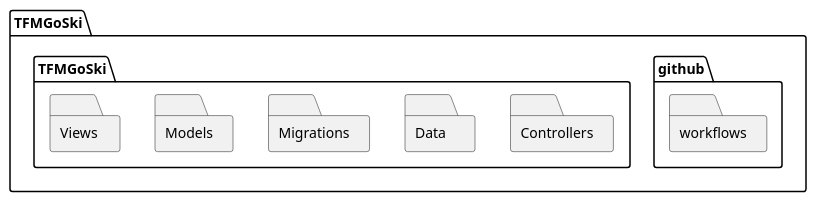
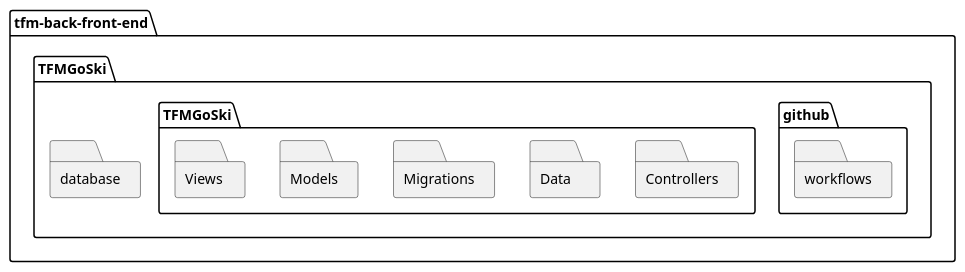
The diagram in DiagramaDePaquetesSprintCero.plantuml (NataliaLM/Diagramas), drawn with PlantUML before and after one commit.

Commit message:
commit one

```diff
--- a/DiagramaDePaquetesSprintCero.plantuml
+++ b/DiagramaDePaquetesSprintCero.plantuml
@@ -1,23 +1,25 @@
 @startuml
-package "TFMGoSki" <<Folder>> {
-  
-  package "TFMGoSki.github" <<Folder>> {
-    package "TFMGoSki.github.workflows" <<Folder>> {
+package "tfm-back-front-end" <<Folder>> {
+
+    package "tfm-back-front-end.TFMGoSki" <<Folder>> {   
+        package "tfm-back-front-end.TFMGoSki.github" <<Folder>> {
+            package "tfm-back-front-end.TFMGoSki.github.workflows" <<Folder>> {
+            }
+        }
+        package "tfm-back-front-end.TFMGoSki.TFMGoSki" <<Folder>> {
+            package "tfm-back-front-end.TFMGoSki.TFMGoSki.Controllers" <<Folder>> {
+            }
+            package "tfm-back-front-end.TFMGoSki.TFMGoSki.Data" <<Folder>> {
+            }
+            package "tfm-back-front-end.TFMGoSki.TFMGoSki.Migrations" <<Folder>> {
+            }
+            package "tfm-back-front-end.TFMGoSki.TFMGoSki.Models" <<Folder>> {
+            }
+            package "tfm-back-front-end.TFMGoSki.TFMGoSki.Views" <<Folder>> {
+            }
+        }
+        package "tfm-back-front-end.TFMGoSki.database" <<Folder>> {
+        }
     }
-  }
-
-  package "TFMGoSki.TFMGoSki" <<Folder>> {
-    package "TFMGoSki.TFMGoSki.Controllers" <<Folder>> {
-    }
-    package "TFMGoSki.TFMGoSki.Data" <<Folder>> {
-    }
-    package "TFMGoSki.TFMGoSki.Migrations" <<Folder>> {
-    }
-    package "TFMGoSki.TFMGoSki.Models" <<Folder>> {
-    }
-    package "TFMGoSki.TFMGoSki.Views" <<Folder>> {
-    }
-  }
-
 }
 @enduml
```
